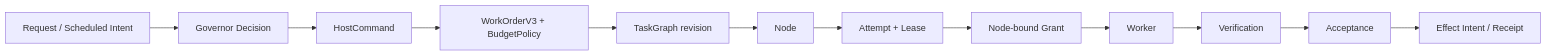
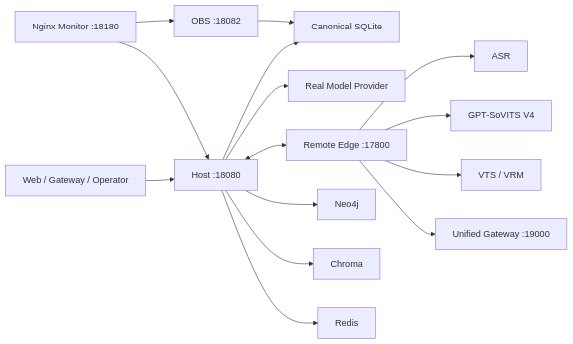
One commit to SakuraYoruno/Natsume_Ai changed the diagram in docs/50_project/arch/SYSTEM_ARCHITECTURE.md. Above: the diagram before and after it, drawn with Mermaid. The commit also changed other lines of this file and 326 other files, not shown here.

First line of the commit message:
功能：收敛七海情感生命主链并选择 GPT-SoVITS V4 (#194)

````diff
--- a/docs/50_project/arch/SYSTEM_ARCHITECTURE.md
+++ b/docs/50_project/arch/SYSTEM_ARCHITECTURE.md
@@ -655,18 +12,17 @@
 ```mermaid
 flowchart LR
-    R["Request / Scheduled Intent"]
-    G["Governor Decision"]
-    C["HostCommand"]
-    W["WorkOrderV3 + BudgetPolicy"]
-    TG["TaskGraph revision"]
-    N["Node"]
-    A["Attempt + Lease"]
-    GR["Node-bound Grant"]
-    X["Worker"]
-    V["Verification"]
-    AC["Acceptance"]
-    E["Effect Intent / Receipt"]
-
-    R --> G --> C
-    C --> W --> TG --> N --> A --> GR --> X --> V --> AC --> E
+    CLIENT["Web / Gateway / Operator"] --> HOST["Host :18080"]
+    HOST --> SQLITE["Canonical SQLite"]
+    HOST --> MODEL["Real Model Provider"]
+    HOST <--> EDGE["Remote Edge :17800"]
+    EDGE --> ASR["ASR"]
+    EDGE --> TTS["GPT-SoVITS V4"]
+    EDGE --> AVATAR["VTS / VRM"]
+    EDGE --> GW["Unified Gateway :19000"]
+    OBS["OBS :18082"] --> SQLITE
+    MON["Nginx Monitor :18180"] --> OBS
+    MON --> HOST
+    HOST --> NEO["Neo4j"]
+    HOST --> CHROMA["Chroma"]
+    HOST --> REDIS["Redis"]
 ```
````
